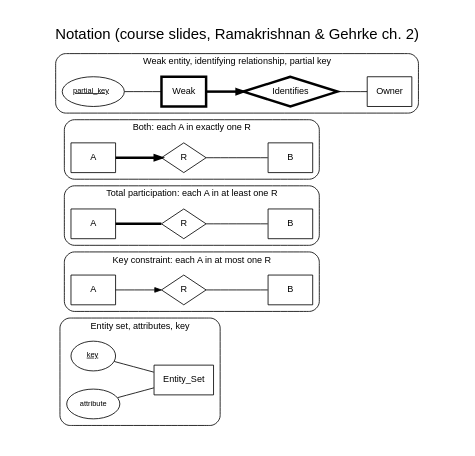
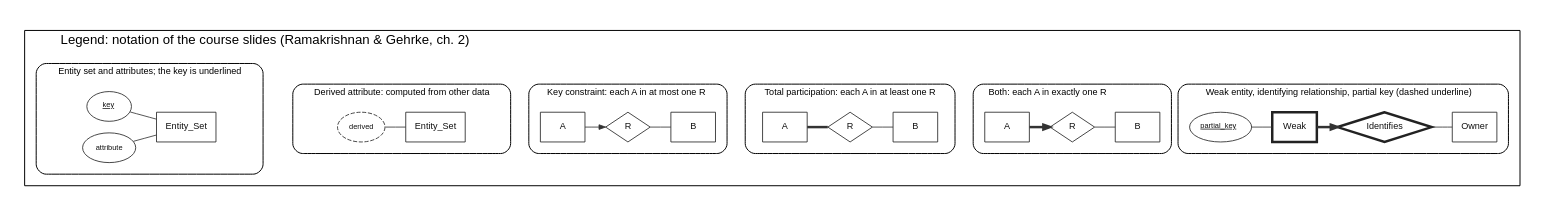
The diagram in docs/er/legend.dot (Barlassen/CS_202_Project), drawn with Graphviz before and after one commit. The commit also changed 19 other files, not shown here.

First line of the commit message:
ER diagram: legend under the complete diagram; order and invoice totals as derived attributes

```diff
--- a/docs/er/legend.dot
+++ b/docs/er/legend.dot
@@ -1,16 +1,21 @@
 digraph Legend {
-graph [rankdir=LR, nodesep=0.3, ranksep=0.5, fontname="Helvetica", fontsize=18, labelloc=t, label="Notation (course slides, Ramakrishnan & Gehrke ch. 2)", pad=0.3];
-node [fontname="Helvetica", fontsize=11]; edge [arrowsize=0.8];
-subgraph cluster_1 { label="Entity set, attributes, key"; fontsize=11; style=rounded;
+graph [rankdir=LR, nodesep=0.2, ranksep=0.35, fontname="Helvetica", pad=0.3];
+node [fontname="Helvetica", fontsize=11, color="#222222", fontcolor="#111111"]; edge [color="#333333", arrowsize=0.8];
+subgraph cluster_legend { label="Legend: notation of the course slides (Ramakrishnan & Gehrke, ch. 2)"; fontsize=16; labeljust=l; margin=14; penwidth=1.2;
+subgraph cluster_1 { label="Entity set and attributes; the key is underlined"; fontsize=11; style=rounded;
   k1 [shape=ellipse, fontsize=9, label=<<U>key</U>>]; a1 [shape=ellipse, fontsize=9, label="attribute"]; e1 [shape=box, label="Entity_Set"];
   k1 -> e1 [dir=none]; a1 -> e1 [dir=none]; }
+subgraph cluster_6 { label="Derived attribute: computed from other data"; fontsize=11; style=rounded;
+  d6 [shape=ellipse, fontsize=9, style=dashed, label="derived"]; e6 [shape=box, label="Entity_Set"]; d6 -> e6 [dir=none]; }
 subgraph cluster_2 { label="Key constraint: each A in at most one R"; fontsize=11; style=rounded;
   e2 [shape=box, label="A"]; r2 [shape=diamond, label="R"]; f2 [shape=box, label="B"]; e2 -> r2 [arrowhead=normal]; r2 -> f2 [dir=none]; }
 subgraph cluster_3 { label="Total participation: each A in at least one R"; fontsize=11; style=rounded;
   e3 [shape=box, label="A"]; r3 [shape=diamond, label="R"]; f3 [shape=box, label="B"]; e3 -> r3 [dir=none, penwidth=3]; r3 -> f3 [dir=none]; }
 subgraph cluster_4 { label="Both: each A in exactly one R"; fontsize=11; style=rounded;
   e4 [shape=box, label="A"]; r4 [shape=diamond, label="R"]; f4 [shape=box, label="B"]; e4 -> r4 [arrowhead=normal, penwidth=3]; r4 -> f4 [dir=none]; }
-subgraph cluster_5 { label="Weak entity, identifying relationship, partial key"; fontsize=11; style=rounded;
+subgraph cluster_5 { label="Weak entity, identifying relationship, partial key (dashed underline)"; fontsize=11; style=rounded;
   P__legend__partial [shape=ellipse, fontsize=9, label=<<U>partial_key</U>>]; w5 [shape=box, penwidth=3, label="Weak"]; r5 [shape=diamond, penwidth=3, label="Identifies"]; o5 [shape=box, label="Owner"];
   P__legend__partial -> w5 [dir=none]; w5 -> r5 [arrowhead=normal, penwidth=3]; r5 -> o5 [dir=none]; }
 }
+e1 -> d6 [style=invis]; e6 -> e2 [style=invis]; f2 -> e3 [style=invis]; f3 -> e4 [style=invis]; f4 -> P__legend__partial [style=invis];
+}
```
